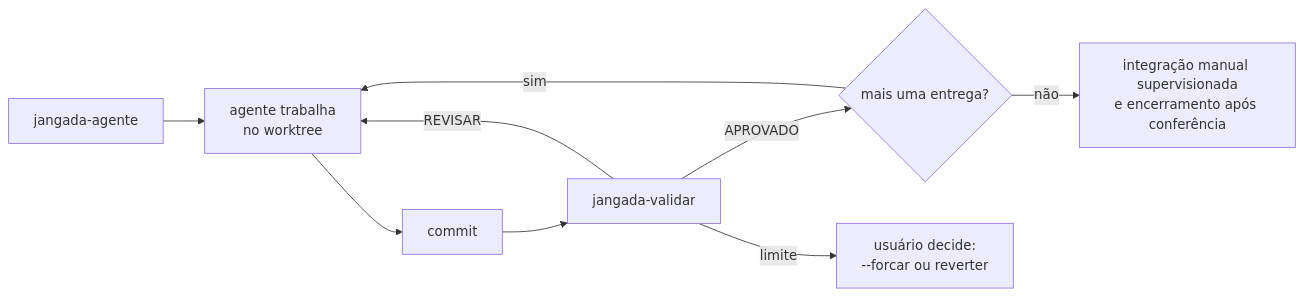
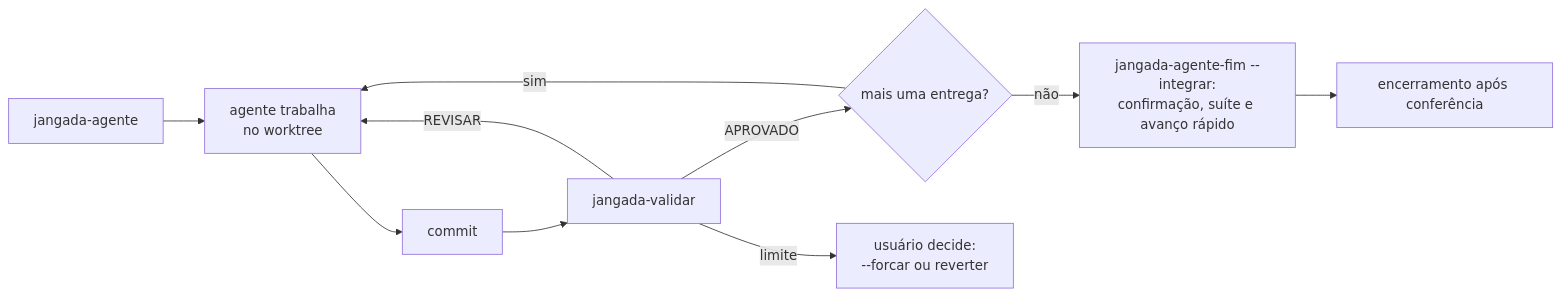
Before and after one commit to felipintoslv/jangada: the first of 3 diagrams in docs/ciclo-da-tarefa.md, drawn with Mermaid. The commit also changed other lines of this file and 3 other files, not shown here.

````diff
--- a/docs/ciclo-da-tarefa.md
+++ b/docs/ciclo-da-tarefa.md
@@ -14,11 +14,12 @@
 ```mermaid
 flowchart LR
     A[jangada-agente] --> B[agente trabalha<br>no worktree]
     B --> D[commit]
     D --> C[jangada-validar]
     C -- REVISAR --> B
     C -- APROVADO --> E{mais uma entrega?}
     E -- sim --> B
-    E -- não --> F[integração manual supervisionada<br>e encerramento após conferência]
+    E -- não --> F[jangada-agente-fim --integrar:<br>confirmação, suíte e avanço rápido]
+    F --> H[encerramento após conferência]
     C -- limite --> G[usuário decide:<br>--forcar ou reverter]
 ```
````
